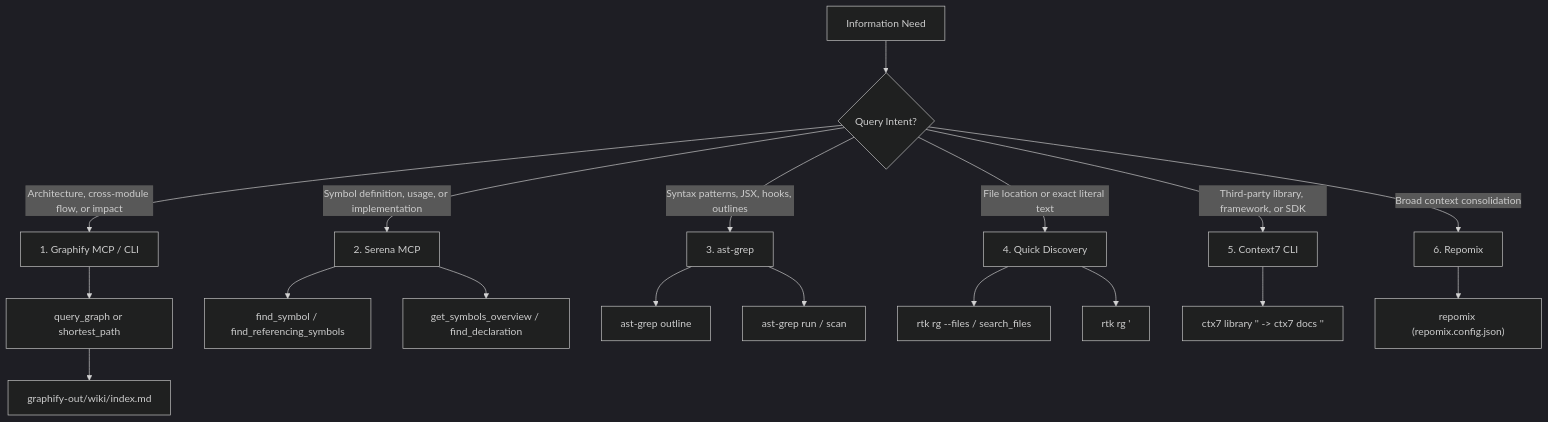
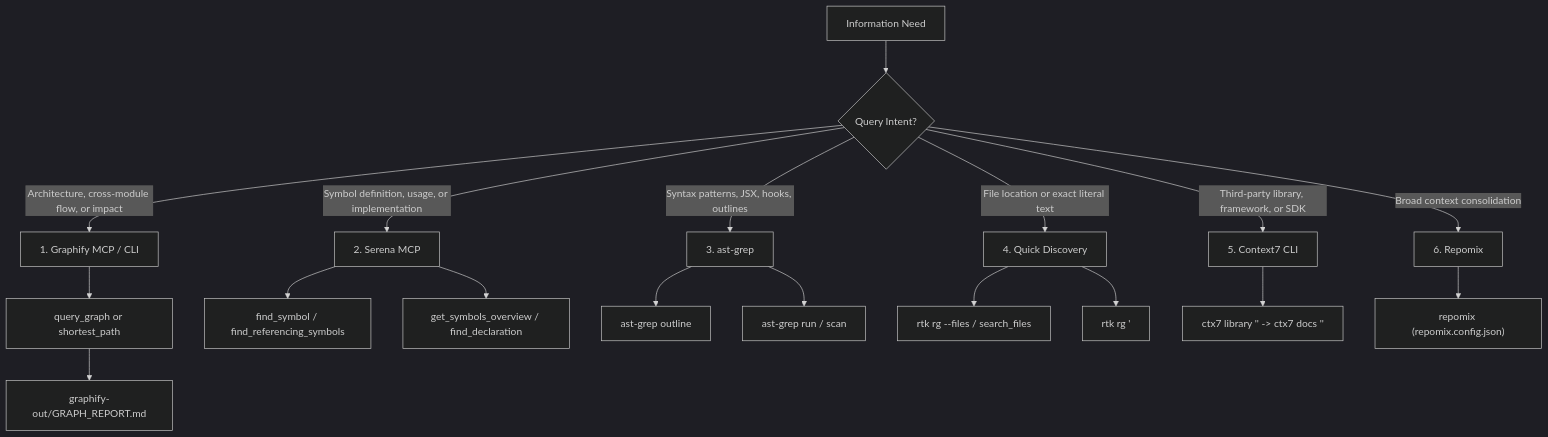
One commit to ianmaciel7/notes-app changed the diagram in .agents/rules/search-and-discovery.md. Above: the diagram before and after it, drawn with Mermaid (dark theme). The commit also changed other lines of this file and 27 other files, not shown here.

````diff
--- a/.agents/rules/search-and-discovery.md
+++ b/.agents/rules/search-and-discovery.md
@@ -11,32 +11,32 @@
 ```mermaid
 flowchart TD
     Start["Information Need"] --> Type{"Query Intent?"}
 
     %% Architecture & Cross-file
     Type -->|"Architecture, cross-module flow, or impact"| Arch["1. Graphify MCP / CLI"]
     Arch --> ArchQuery["query_graph or shortest_path"]
-    ArchQuery --> ArchWiki["graphify-out/wiki/index.md"]
+    ArchQuery --> ArchReport["graphify-out/GRAPH_REPORT.md"]
 
     %% Code symbols & Semantic references
     Type -->|"Symbol definition, usage, or implementation"| Semantic["2. Serena MCP"]
     Semantic --> SemSymbol["find_symbol / find_referencing_symbols"]
     Semantic --> SemOverview["get_symbols_overview / find_declaration"]
 
     %% Syntax patterns & AST structure
     Type -->|"Syntax patterns, JSX, hooks, outlines"| AST["3. ast-grep"]
     AST --> ASTOutline["ast-grep outline"]
     AST --> ASTScan["ast-grep run / scan"]
 
     %% File paths & exact string matches
     Type -->|"File location or exact literal text"| FastSearch["4. Quick Discovery"]
     FastSearch --> Files["rtk rg --files / search_files"]
     FastSearch --> TextSearch["rtk rg '<pattern>'"]
 
     %% External libraries & APIs
     Type -->|"Third-party library, framework, or SDK"| LibDocs["5. Context7 CLI"]
     LibDocs --> CtxSearch["ctx7 library '<lib>' -> ctx7 docs '<id>'"]
 
     %% Repository snapshots
     Type -->|"Broad context consolidation"| Snapshot["6. Repomix"]
     Snapshot --> RepoPack["repomix (repomix.config.json)"]
 ```
````
